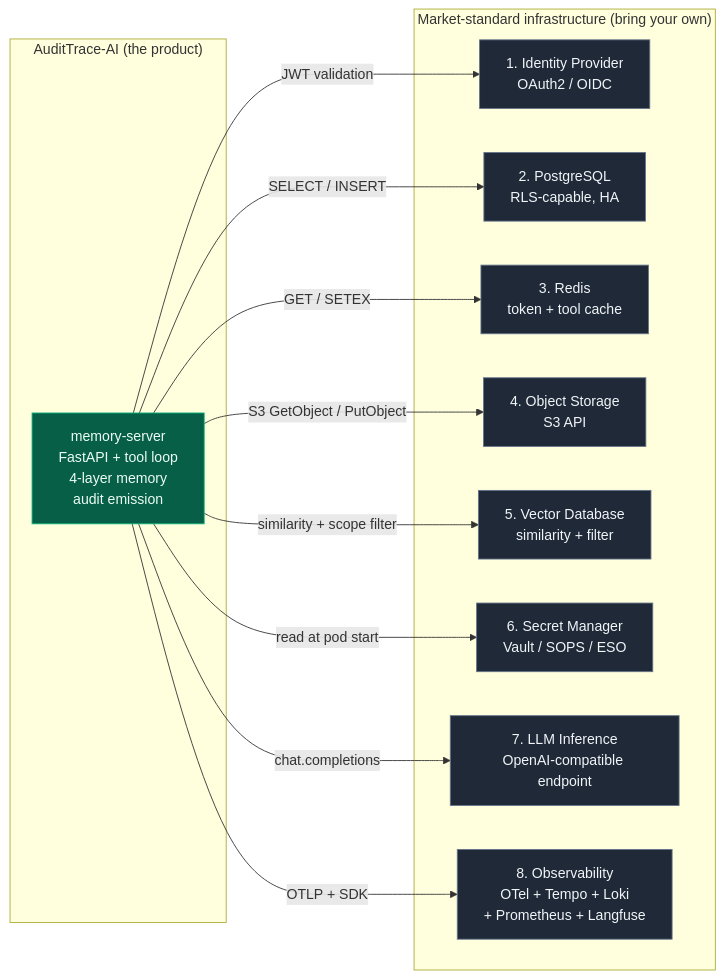
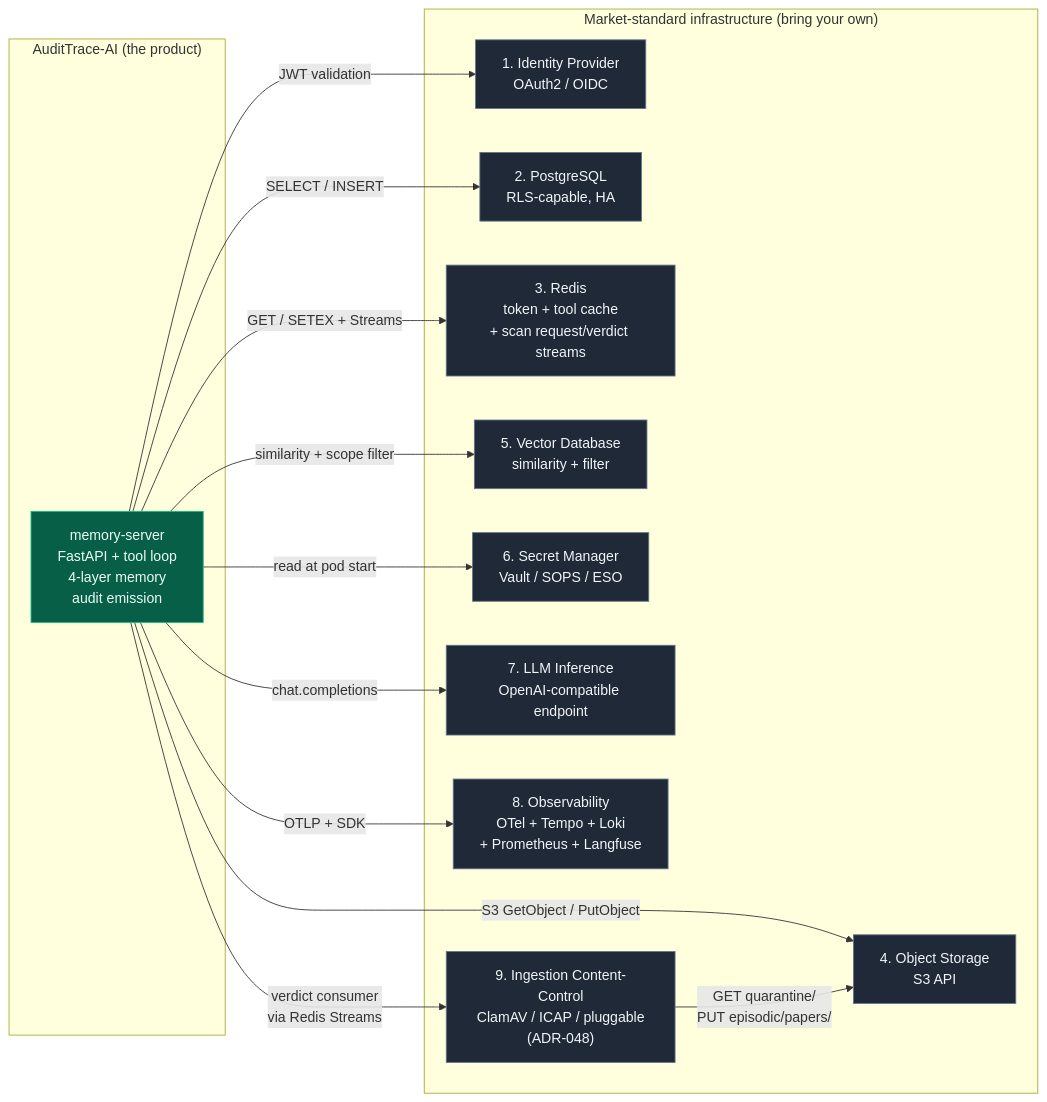
Before and after one commit to lfdesousa/AuditTrace-AI: the diagram in docs/architecture/product-and-dependencies.md, drawn with Mermaid. The commit also changed other lines of this file and 14 other files, not shown here.

````diff
--- a/docs/architecture/product-and-dependencies.md
+++ b/docs/architecture/product-and-dependencies.md
@@ -21,29 +21,32 @@
 ```mermaid
 flowchart LR
     subgraph Product["AuditTrace-AI (the product)"]
         MS["memory-server<br/>FastAPI + tool loop<br/>4-layer memory<br/>audit emission"]
     end
     subgraph Dependencies["Market-standard infrastructure (bring your own)"]
         IDP["1. Identity Provider<br/>OAuth2 / OIDC"]
         PG["2. PostgreSQL<br/>RLS-capable, HA"]
-        R["3. Redis<br/>token + tool cache"]
+        R["3. Redis<br/>token + tool cache<br/>+ scan request/verdict streams"]
         OS["4. Object Storage<br/>S3 API"]
         VDB["5. Vector Database<br/>similarity + filter"]
         SEC["6. Secret Manager<br/>Vault / SOPS / ESO"]
         LLM["7. LLM Inference<br/>OpenAI-compatible endpoint"]
         OBS["8. Observability<br/>OTel + Tempo + Loki<br/>+ Prometheus + Langfuse"]
+        CC["9. Ingestion Content-Control<br/>ClamAV / ICAP / pluggable<br/>(ADR-048)"]
     end
     MS -->|JWT validation| IDP
     MS -->|SELECT / INSERT| PG
-    MS -->|GET / SETEX| R
+    MS -->|GET / SETEX + Streams| R
     MS -->|S3 GetObject / PutObject| OS
     MS -->|similarity + scope filter| VDB
     MS -->|read at pod start| SEC
     MS -->|chat.completions| LLM
     MS -->|OTLP + SDK| OBS
+    MS -->|verdict consumer<br/>via Redis Streams| CC
+    CC -->|GET quarantine/<br/>PUT episodic/papers/| OS
 
     classDef prod fill:#065f46,stroke:#10b981,color:#ecfdf5
     classDef dep fill:#1f2937,stroke:#64748b,color:#f1f5f9
     class MS prod
-    class IDP,PG,R,OS,VDB,SEC,LLM,OBS dep
+    class IDP,PG,R,OS,VDB,SEC,LLM,OBS,CC dep
 ```
````
